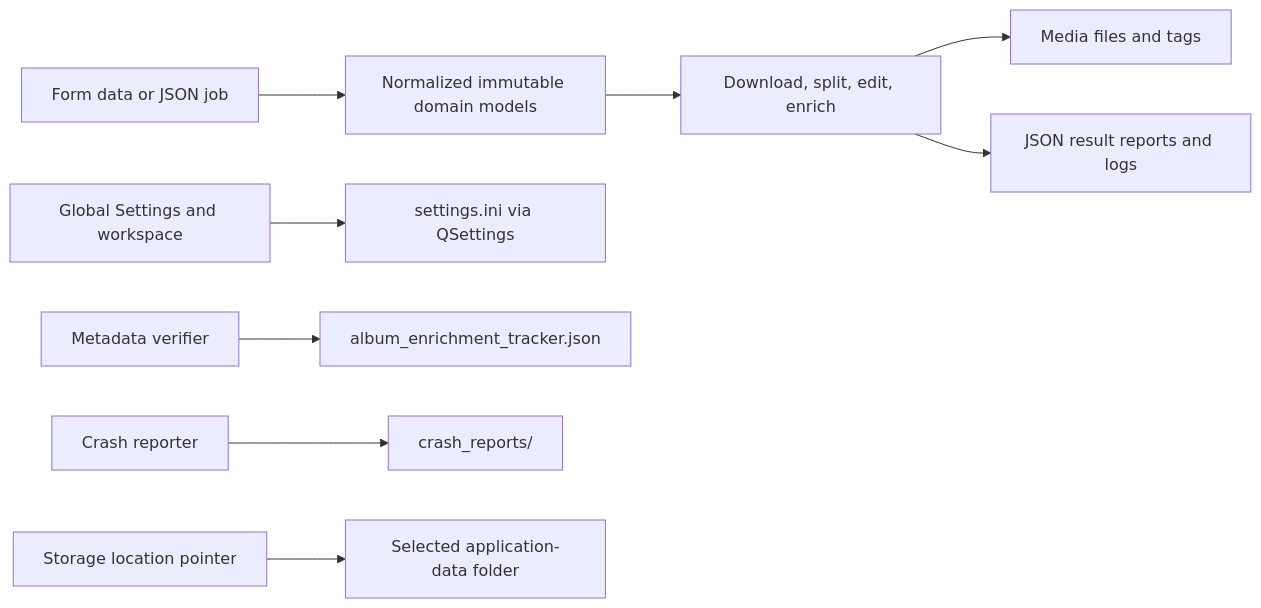
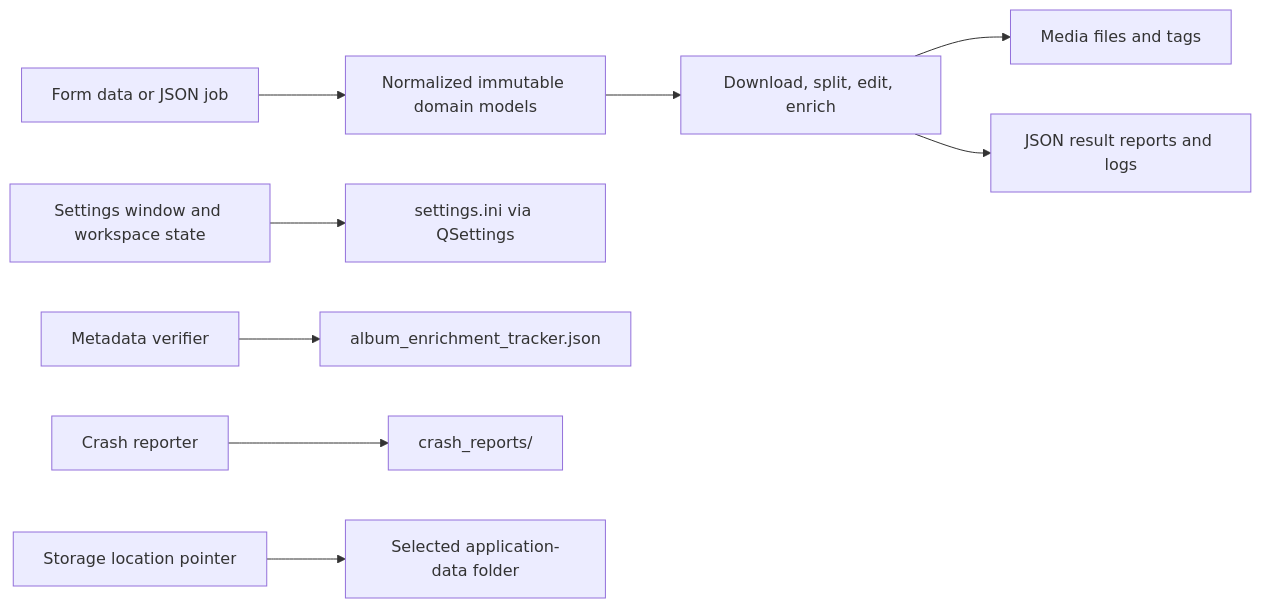
One commit to DhimanGhosh/YouTube_Media_Studio changed the fifth of 6 diagrams in docs/HIGH_LEVEL_DESIGN.md. Above: the diagram before and after it, drawn with Mermaid. The commit also changed 10 other files, not shown here.

````diff
--- a/docs/HIGH_LEVEL_DESIGN.md
+++ b/docs/HIGH_LEVEL_DESIGN.md
@@ -153,12 +153,12 @@
 ```mermaid
 flowchart LR
     Inputs["Form data or JSON job"] --> Models["Normalized immutable domain models"]
     Models --> Services["Download, split, edit, enrich"]
     Services --> Media["Media files and tags"]
     Services --> Reports["JSON result reports and logs"]
 
-    SettingsUI["Global Settings and workspace"] --> Ini["settings.ini via QSettings"]
+    SettingsUI["Settings window and workspace state"] --> Ini["settings.ini via QSettings"]
     Enrichment["Metadata verifier"] --> Tracker["album_enrichment_tracker.json"]
     Crash["Crash reporter"] --> Diagnostics["crash_reports/"]
     Pointer["Storage location pointer"] --> AppData["Selected application-data folder"]
 ```
````
